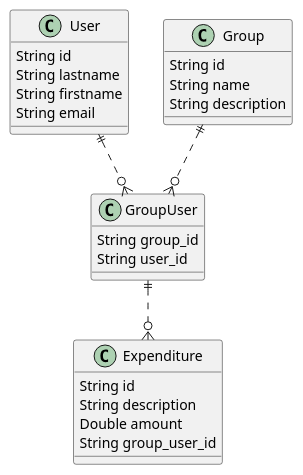
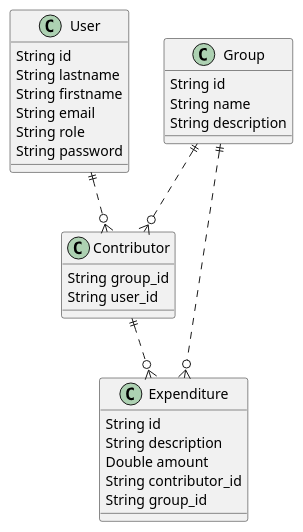
One commit to PatrickLaubscher/examrest changed the diagram in uml-bdd.puml. Above: the diagram before and after it, drawn with PlantUML. The commit also changed 2 other files, not shown here.

Commit message:
update uml-bdd + create entity Group.java

```diff
--- a/uml-bdd.puml
+++ b/uml-bdd.puml
@@ -1,35 +1,39 @@
 @startuml
 
 class User {
     String id
     String lastname
     String firstname
     String email
+    String role
+    String password
 }
 
 
 class Expenditure {
     String id
     String description
     Double amount
-    String group_user_id
+    String contributor_id
+    String group_id
 }
 
 class Group {
     String id
     String name
     String description
 }
 
-class GroupUser {
+class Contributor {
     String group_id
     String user_id
 }
 
 
-GroupUser ||..o{ Expenditure
-User ||..o{ GroupUser
-Group ||..o{ GroupUser
+Contributor ||..o{ Expenditure
+Group ||..o{ Expenditure
+User ||..o{ Contributor
+Group ||..o{ Contributor
 
 
 @enduml
```
